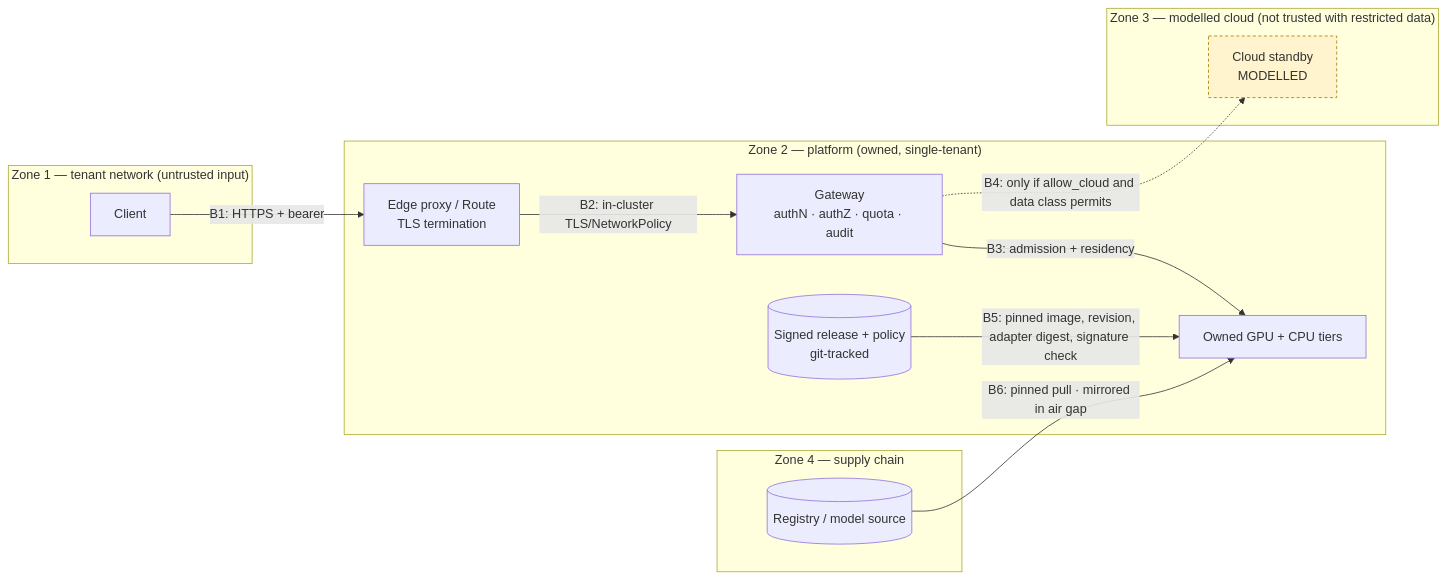
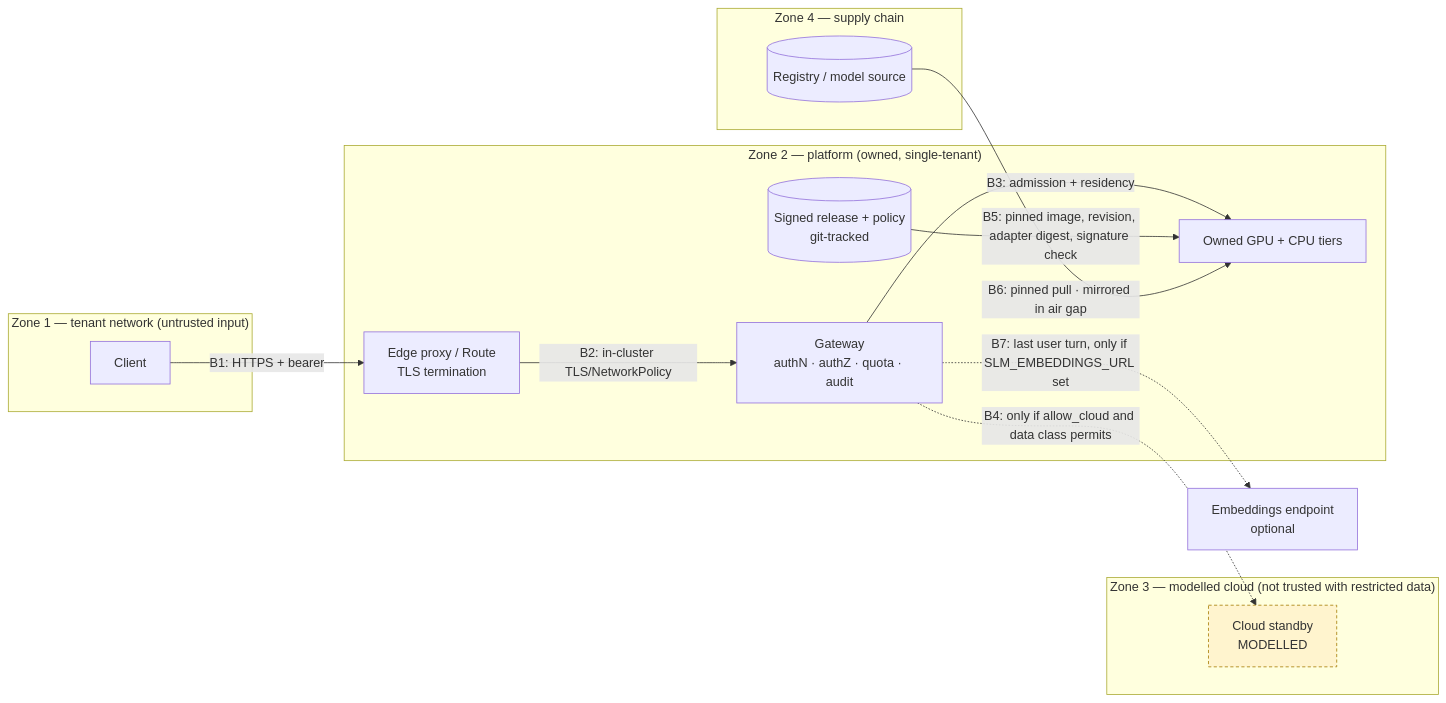
One commit to mahi80/SLM-FIne-Tuned-Inference changed the ninth of 9 diagrams in docs/architecture/c4.md. Above: the diagram before and after it, drawn with Mermaid. The commit also changed other lines of this file and 1 other file, not shown here.

First line of the commit message:
Architecture: add GPU engine, semantic-cache and measurement views (#3)

````diff
--- a/docs/architecture/c4.md
+++ b/docs/architecture/c4.md
@@ -272,27 +395,28 @@
 ```mermaid
 flowchart LR
   subgraph Z1["Zone 1 — tenant network (untrusted input)"]
     C["Client"]
   end
   subgraph Z2["Zone 2 — platform (owned, single-tenant)"]
     E["Edge proxy / Route<br/>TLS termination"]
     GW["Gateway<br/>authN · authZ · quota · audit"]
     RT["Owned GPU + CPU tiers"]
     REG[("Signed release + policy<br/>git-tracked")]
   end
   subgraph Z3["Zone 3 — modelled cloud (not trusted with restricted data)"]
     CL["Cloud standby<br/>MODELLED"]
   end
   subgraph Z4["Zone 4 — supply chain"]
     MIR[("Registry / model source")]
   end
 
   C -->|"B1: HTTPS + bearer"| E -->|"B2: in-cluster TLS/NetworkPolicy"| GW
   GW -->|"B3: admission + residency"| RT
   GW -.->|"B4: only if allow_cloud and data class permits"| CL
+  GW -.->|"B7: last user turn, only if SLM_EMBEDDINGS_URL set"| EM["Embeddings endpoint<br/>optional"]
   REG -->|"B5: pinned image, revision, adapter digest, signature check"| RT
   MIR -->|"B6: pinned pull · mirrored in air gap"| RT
 
   classDef modelled fill:#fff4ce,stroke:#a67c00,stroke-dasharray:4 3;
   class CL modelled;
 ```
````
